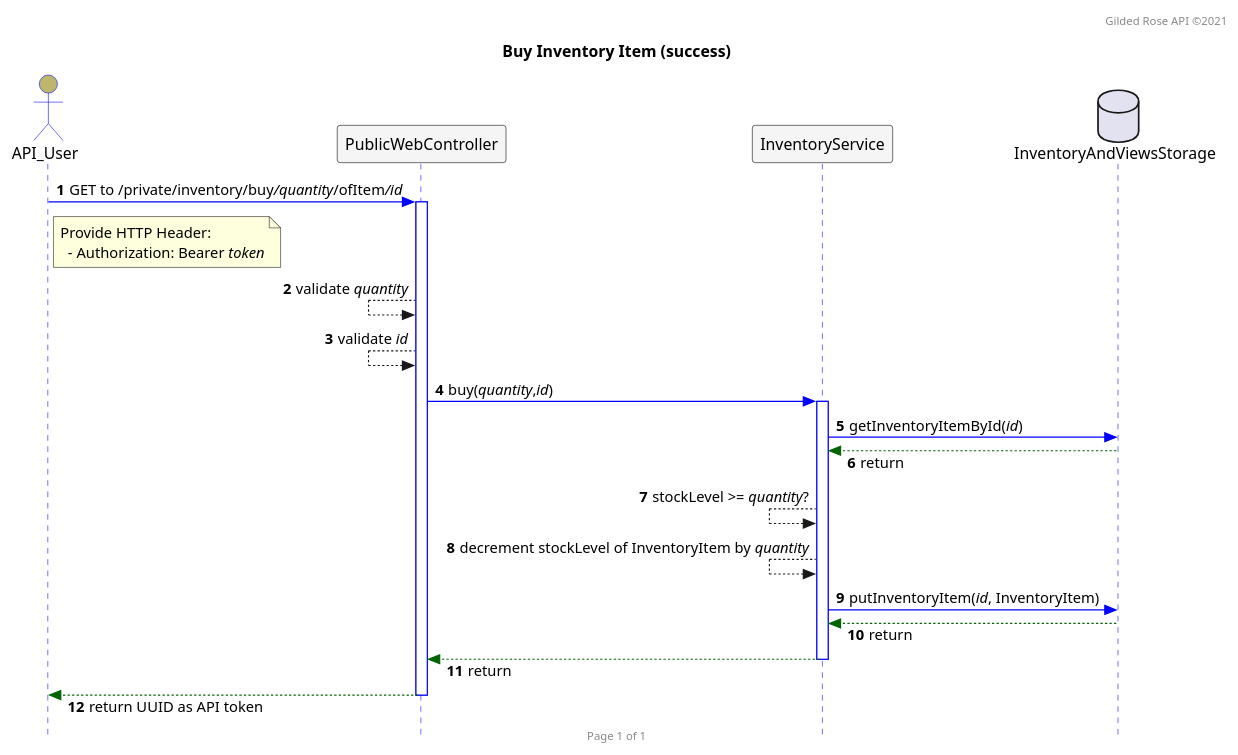
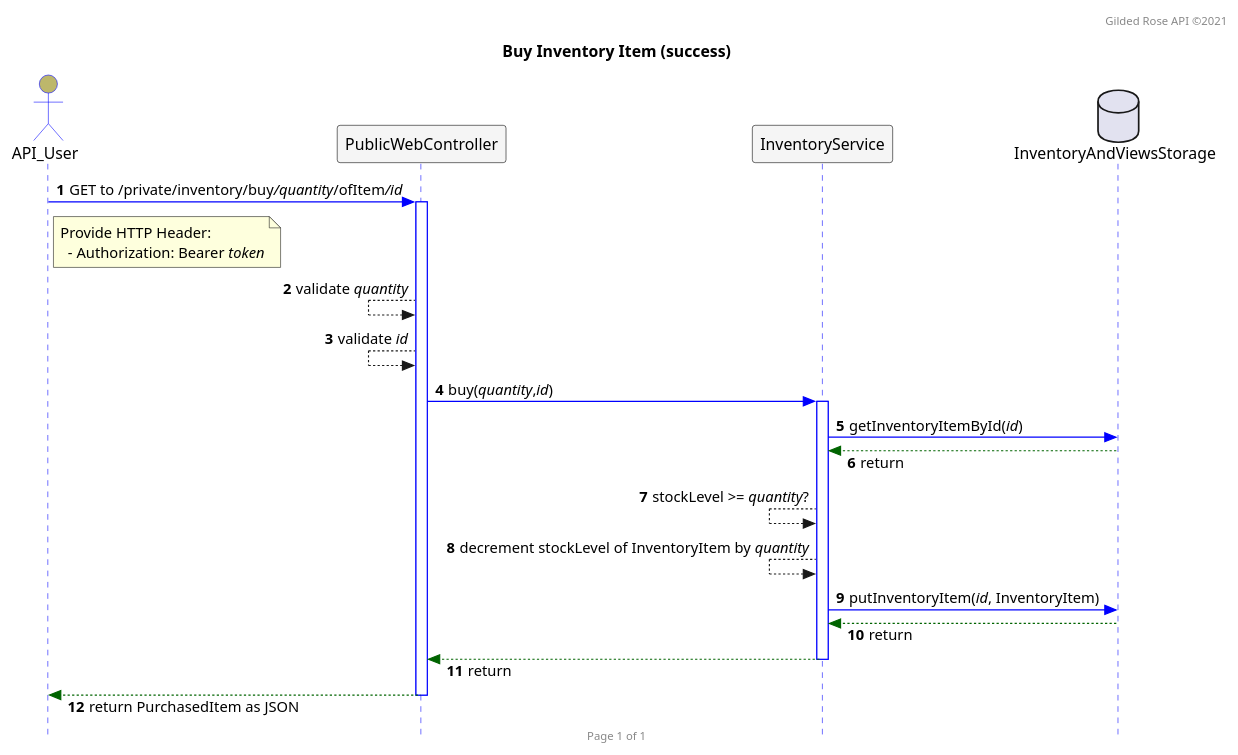
Before and after one commit to bladewheels/GildedRoseAPI: the diagram in src/main/resources/seq.buy.puml, drawn with PlantUML.

```diff
--- a/src/main/resources/seq.buy.puml
+++ b/src/main/resources/seq.buy.puml
@@ -2,48 +2,48 @@
 @startuml
 
 autonumber
 header Gilded Rose API ©2021
 footer Page 1 of 1
 hide footbox
 
 skinparam responseMessageBelowArrow true
 skinparam sequence {
   ActorBackgroundColor DarkKhaki
   ActorBorderColor Blue
   DatabaseBackgroundColor Gray
   DatabaseBorderColor Black
   LifeLineBorderColor Blue
   ParticipantBackgroundColor WhiteSmoke
   ParticipantBorderColor Black
 }
 skinparam style strictuml
 
 title Buy Inventory Item (success)
 
 actor API_User
 participant PublicWebController
 participant InventoryService
 database InventoryAndViewsStorage
 
 API_User -[#0000FF]> PublicWebController : GET to /private/inventory/buy///quantity///ofItem///id//
 note right of API_User
  Provide HTTP Header:
    - Authorization: Bearer //token//
 end note
 activate PublicWebController
 PublicWebController <-- PublicWebController : validate //quantity//
 PublicWebController <-- PublicWebController : validate //id//
 PublicWebController -[#0000FF]> InventoryService : buy(//quantity//,//id//)
 activate InventoryService
 InventoryService -[#0000FF]> InventoryAndViewsStorage : getInventoryItemById(//id//)
 InventoryService <[#DarkGreen]-- InventoryAndViewsStorage : return
 InventoryService <-- InventoryService : stockLevel >= //quantity//?
 InventoryService <-- InventoryService : decrement stockLevel of InventoryItem by //quantity//
 InventoryService -[#0000FF]> InventoryAndViewsStorage : putInventoryItem(//id//, InventoryItem)
 InventoryService <[#DarkGreen]-- InventoryAndViewsStorage : return
 PublicWebController <[#DarkGreen]-- InventoryService : return
 deactivate InventoryService
-API_User <[#DarkGreen]-- PublicWebController : return UUID as API token
+API_User <[#DarkGreen]-- PublicWebController : return PurchasedItem as JSON
 deactivate PublicWebController
 
 @enduml
```
